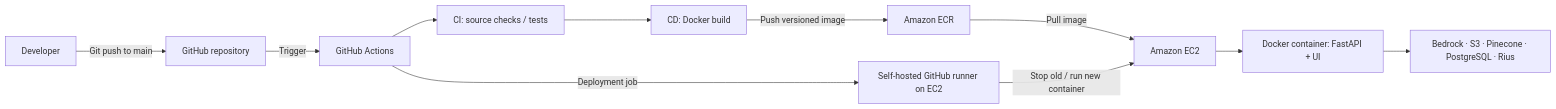
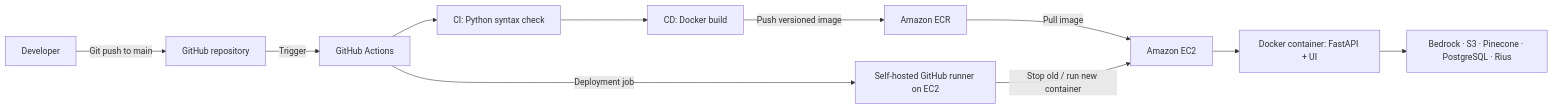
The second of 2 diagrams in README.md (reetu95/ATLAS-Enterprise-AI), drawn with Mermaid before and after one commit. The commit also changed other lines of this file, not shown here.

````diff
--- a/README.md
+++ b/README.md
@@ -89,13 +91,13 @@
 ```mermaid
 flowchart LR
     DEV[Developer] -->|Git push to main| GH[GitHub repository]
     GH -->|Trigger| GA[GitHub Actions]
-    GA --> CI[CI: source checks / tests]
+    GA --> CI[CI: Python syntax check]
     CI --> BUILD[CD: Docker build]
     BUILD -->|Push versioned image| ECR[Amazon ECR]
     ECR -->|Pull image| EC2[Amazon EC2]
     GA -->|Deployment job| RUNNER[Self-hosted GitHub runner on EC2]
     RUNNER -->|Stop old / run new container| EC2
     EC2 --> DOCKER[Docker container: FastAPI + UI]
     DOCKER --> SERVICES[Bedrock · S3 · Pinecone · PostgreSQL · Rius]
 ```
````
